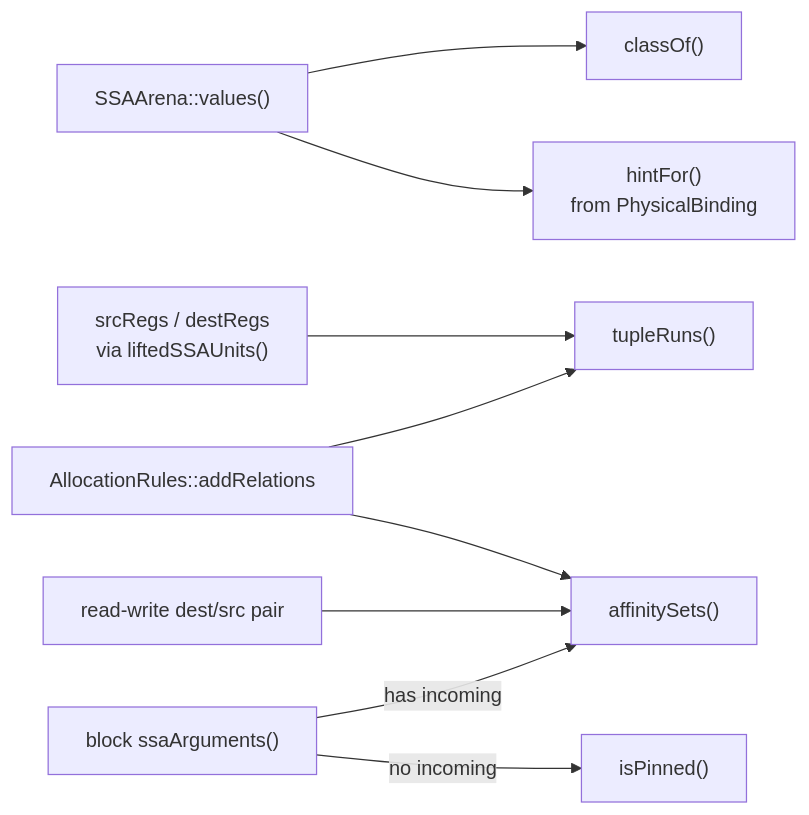
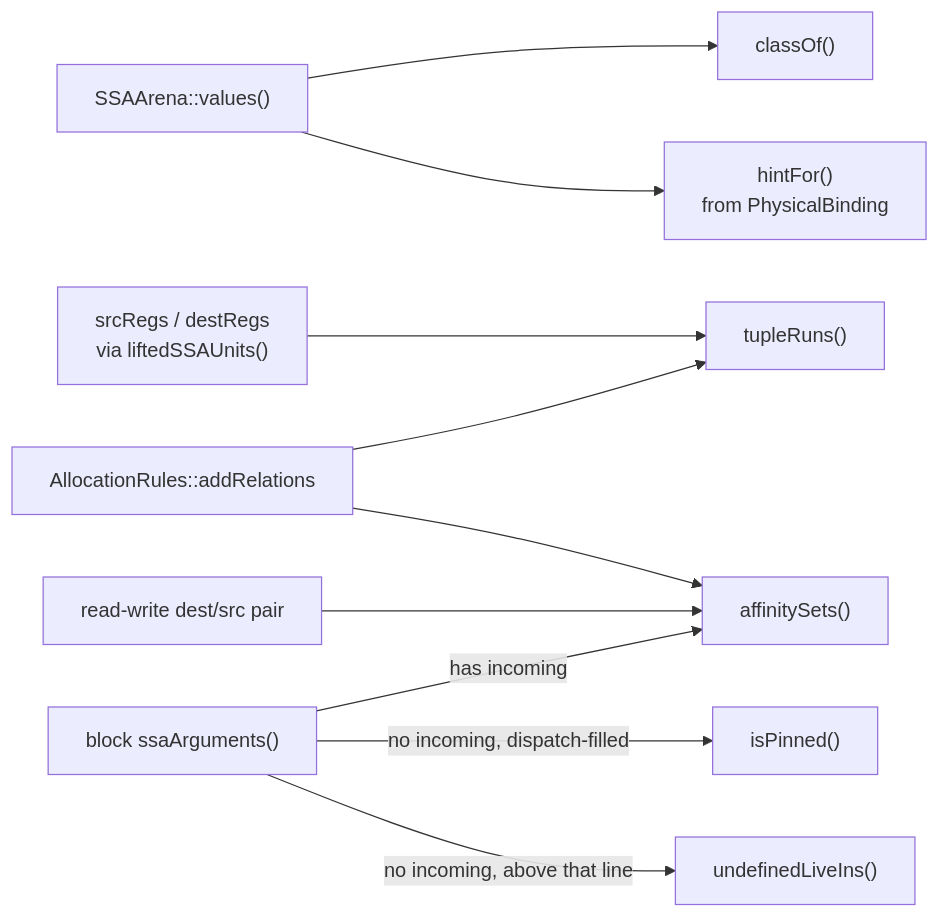
Before and after one commit to ROCm/rocm-libraries: the fourth of 6 diagrams in shared/stinkytofu/docs/developer/register-allocation.md, drawn with Mermaid. The commit also changed other lines of this file and 10 other files, not shown here.

First line of the commit message:
fix(stinkytofu): only pin SGPR live-ins the dispatch actually filled

````diff
--- a/shared/stinkytofu/docs/developer/register-allocation.md
+++ b/shared/stinkytofu/docs/developer/register-allocation.md
@@ -541,11 +541,12 @@
 ```mermaid
 flowchart LR
     Arena["SSAArena::values()"] --> ClassOf["classOf()"]
     Arena --> Hint["hintFor()<br/>from PhysicalBinding"]
     Ops["srcRegs / destRegs<br/>via liftedSSAUnits()"] --> Tuple["tupleRuns()"]
     Args["block ssaArguments()"] -->|has incoming| Aff["affinitySets()"]
-    Args -->|no incoming| Pin["isPinned()"]
+    Args -->|"no incoming, dispatch-filled"| Pin["isPinned()"]
+    Args -->|"no incoming, above that line"| Undef["undefinedLiveIns()"]
     RMW["read-write dest/src pair"] --> Aff
     Rules["AllocationRules::addRelations"] --> Tuple
     Rules --> Aff
 ```
````
